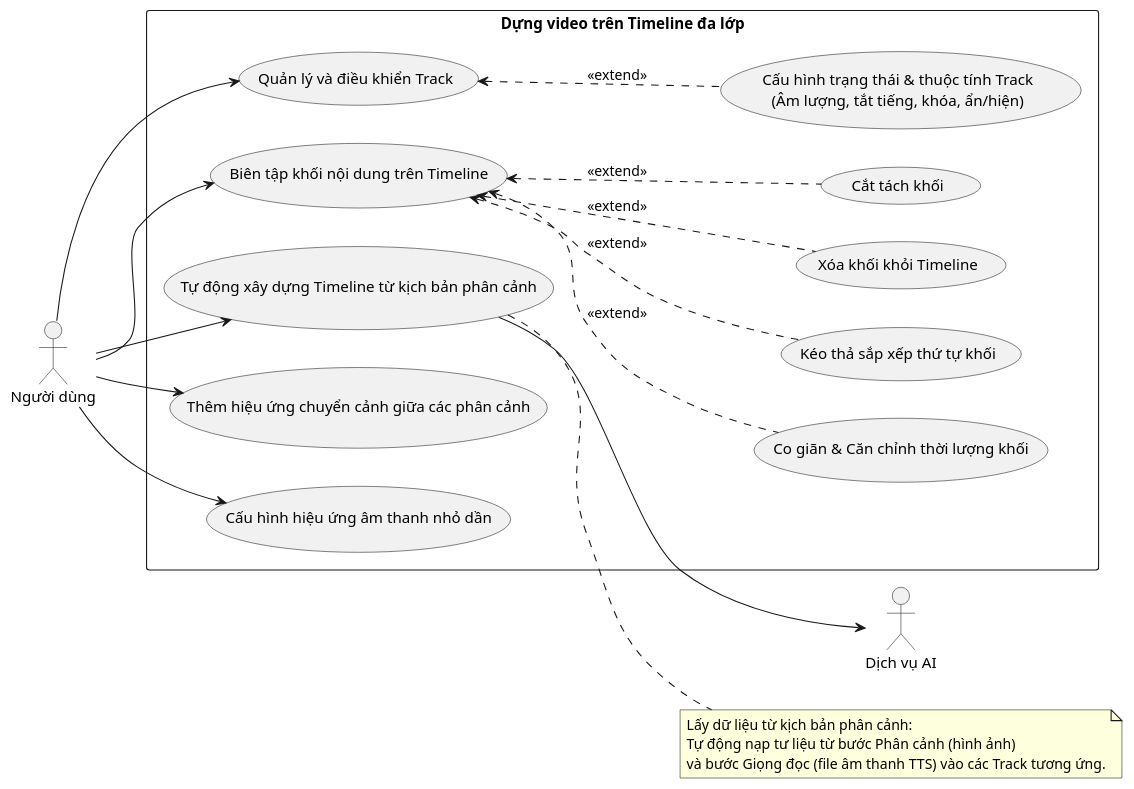
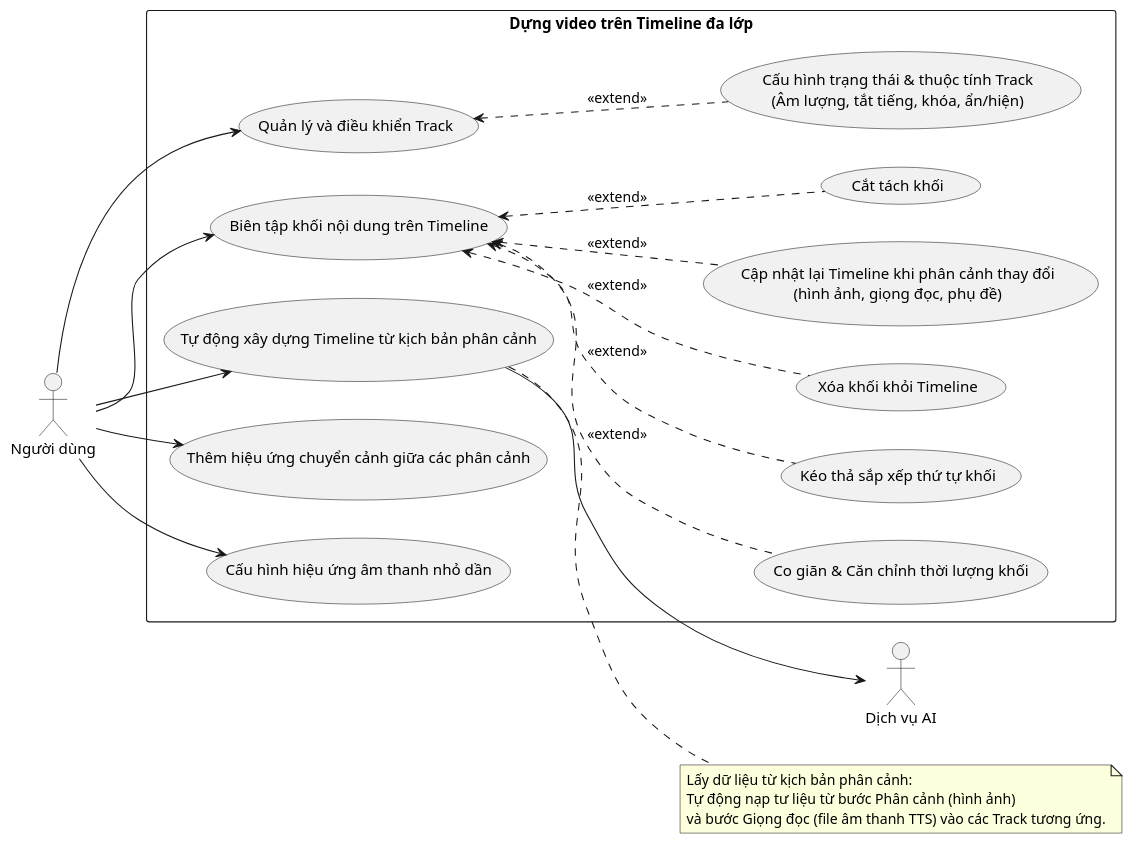
One commit to 202416852-anhpv/story2video-docs changed the diagram in docs/bieu-do-uc/bieu-do-uc-chi-tiet/make/dung-va-xuat-video/dung-video-tren-timeline-da-lop.puml. Above: the diagram before and after it, drawn with PlantUML. The commit also changed 2 other files, not shown here.

Commit message:
docs(use-case): cap nhat ghi de giong, dong bo timeline va lich su sinh anh

```diff
--- a/docs/bieu-do-uc/bieu-do-uc-chi-tiet/make/dung-va-xuat-video/dung-video-tren-timeline-da-lop.puml
+++ b/docs/bieu-do-uc/bieu-do-uc-chi-tiet/make/dung-va-xuat-video/dung-video-tren-timeline-da-lop.puml
@@ -1,50 +1,52 @@
 @startuml dung-video-tren-timeline-da-lop
 left to right direction
 
 actor "Người dùng" as User
 actor "Dịch vụ AI" as AI_Service
 
 rectangle "Dựng video trên Timeline đa lớp" {
     ' --- USE CASE MỤC TIÊU CỐT LÕI (SEA LEVEL) ---
     usecase "Tự động xây dựng Timeline từ kịch bản phân cảnh" as UC_Auto
     usecase "Quản lý và điều khiển Track" as UC_Track
     usecase "Biên tập khối nội dung trên Timeline" as UC_Clip
     usecase "Thêm hiệu ứng chuyển cảnh giữa các phân cảnh" as UC_Trans
     usecase "Cấu hình hiệu ứng âm thanh nhỏ dần" as UC_Fade
 
     ' --- CÁC THAO TÁC MỞ RỘNG CỦA TRACK ---
     usecase "Cấu hình trạng thái & thuộc tính Track\n(Âm lượng, tắt tiếng, khóa, ẩn/hiện)" as UC_Track_Prop
 
     ' --- CÁC THAO TÁC MỞ RỘNG BIÊN TẬP KHỐI ---
     usecase "Cắt tách khối" as UC_Clip_Split
     usecase "Co giãn & Căn chỉnh thời lượng khối" as UC_Clip_Trim
     usecase "Kéo thả sắp xếp thứ tự khối" as UC_Clip_Move
     usecase "Xóa khối khỏi Timeline" as UC_Clip_Del
+    usecase "Cập nhật lại Timeline khi phân cảnh thay đổi\n(hình ảnh, giọng đọc, phụ đề)" as UC_SyncClip
 }
 
 ' Người dùng chỉ kết nối tới các mục tiêu chính
 User --> UC_Auto
 User --> UC_Track
 User --> UC_Clip
 User --> UC_Trans
 User --> UC_Fade
 
 ' Quan hệ mở rộng (Extend) của nhóm Track
 UC_Track <.. UC_Track_Prop : <<extend>>
 
 ' Quan hệ mở rộng (Extend) của nhóm Biên tập khối
 UC_Clip <.. UC_Clip_Split : <<extend>>
 UC_Clip <.. UC_Clip_Trim  : <<extend>>
 UC_Clip <.. UC_Clip_Move  : <<extend>>
 UC_Clip <.. UC_Clip_Del   : <<extend>>
+UC_Clip <.. UC_SyncClip   : <<extend>>
 
 ' AI hỗ trợ khởi tạo
 UC_Auto --> AI_Service
 
 note right of UC_Auto
   Lấy dữ liệu từ kịch bản phân cảnh:
   Tự động nạp tư liệu từ bước Phân cảnh (hình ảnh)
   và bước Giọng đọc (file âm thanh TTS) vào các Track tương ứng.
 end note
 
 @enduml
```
